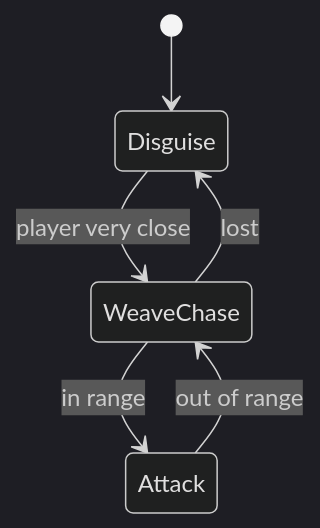
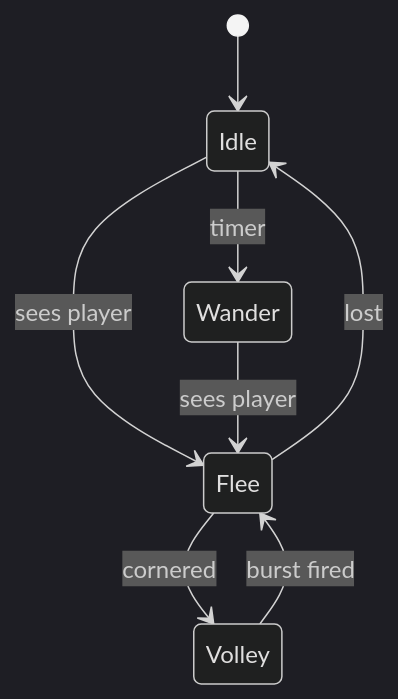
One commit to lownpho/mages changed diagram 13 of 51 in design/docs/enemies.md. Above: the diagram before and after it, drawn with Mermaid (dark theme). The commit also changed other lines of this file and 21 other files, not shown here.

````diff
--- a/design/docs/enemies.md
+++ b/design/docs/enemies.md
@@ -455,8 +381,10 @@
 ```mermaid
 stateDiagram-v2
-    [*] --> Disguise
-    Disguise --> WeaveChase : player very close
-    WeaveChase --> Attack : in range
-    Attack --> WeaveChase : out of range
-    WeaveChase --> Disguise : lost
+    [*] --> Idle
+    Idle --> Wander : timer
+    Idle --> Flee : sees player
+    Wander --> Flee : sees player
+    Flee --> Volley : cornered
+    Volley --> Flee : burst fired
+    Flee --> Idle : lost
 ```
````
